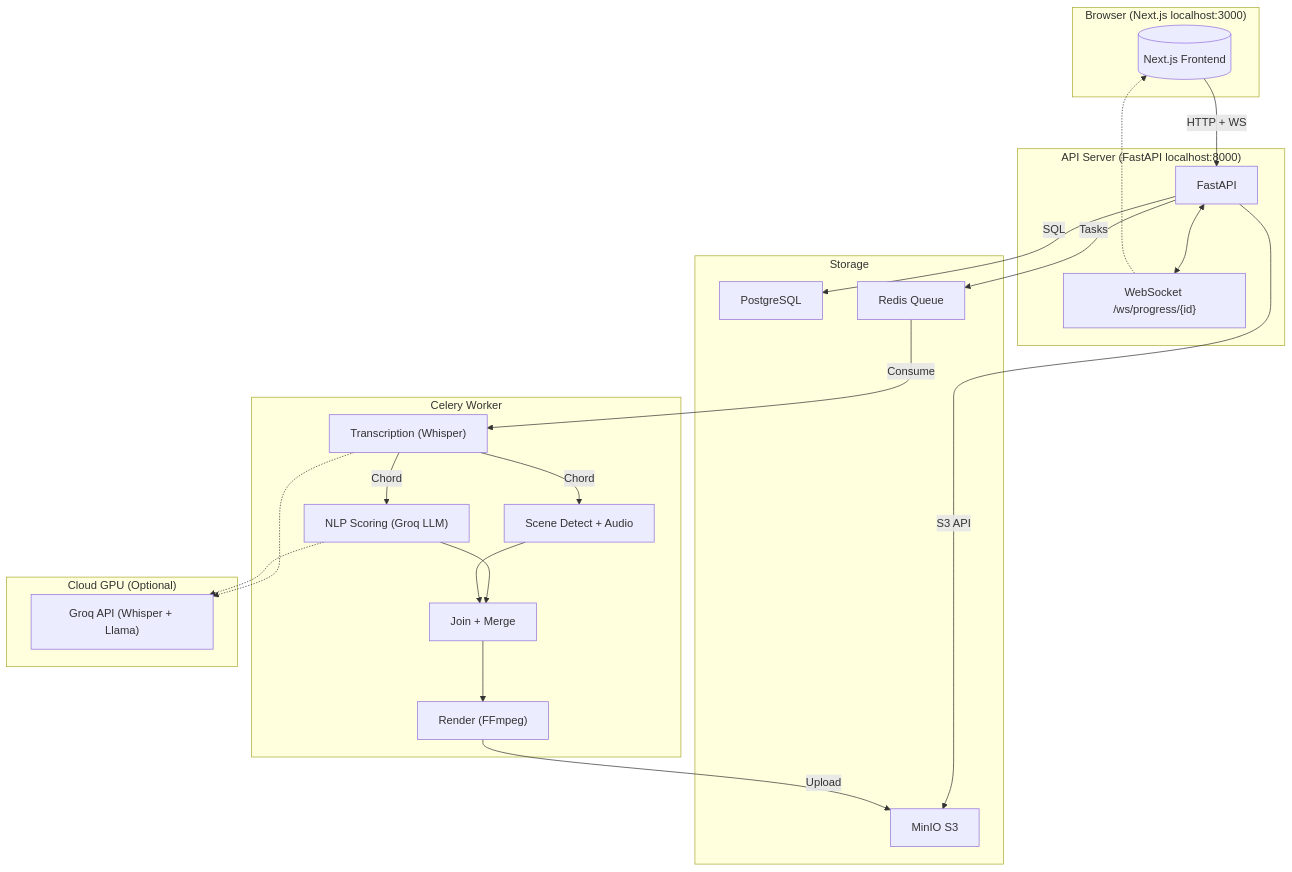
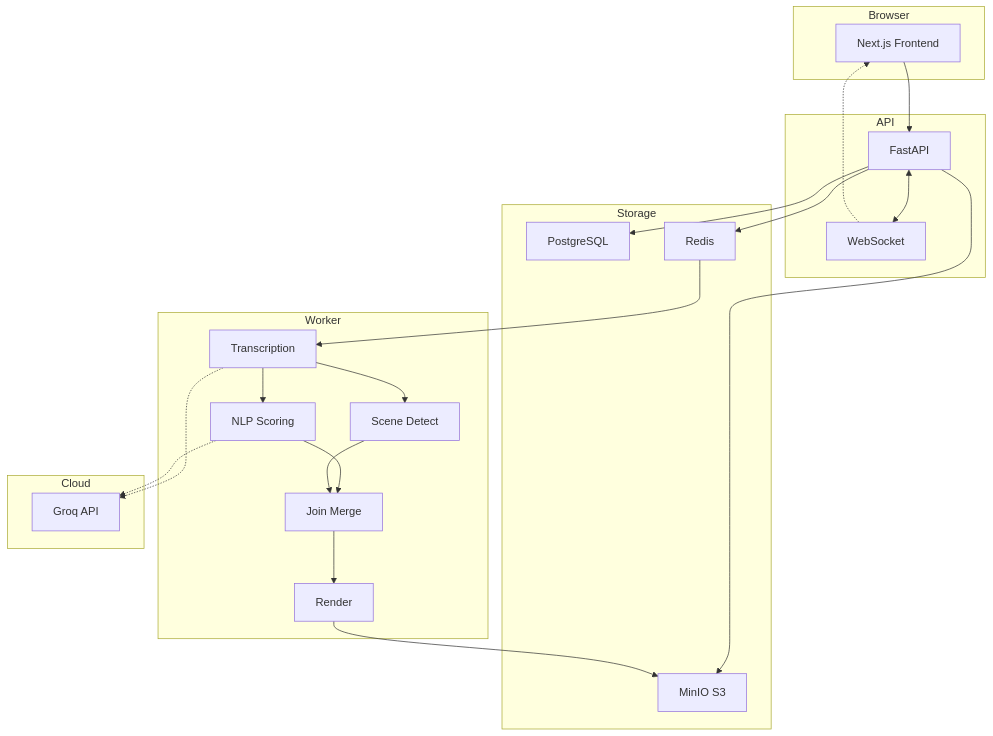
The second of 3 diagrams in README.md (CipherCosmos/ClipForge), drawn with Mermaid before and after one commit. The commit also changed other lines of this file, not shown here.

Commit message:
simplified mermaid syntax for github compatibility

````diff
--- a/README.md
+++ b/README.md
@@ -49,45 +49,40 @@
 ```mermaid
-flowchart TB
-    subgraph Browser["Browser (Next.js localhost:3000)"]
-        NEXT[("Next.js Frontend")]
+graph TB
+    subgraph Browser
+        NEXT[Next.js Frontend]
     end
-
-    subgraph API["API Server (FastAPI localhost:8000)"]
+    subgraph API
         FA[FastAPI]
-        WS["WebSocket /ws/progress/{id}"]
+        WS[WebSocket]
     end
-
-    subgraph Storage["Storage"]
+    subgraph Storage
         MINIO[MinIO S3]
         PG[PostgreSQL]
-        RD[Redis Queue]
+        RD[Redis]
     end
-
-    subgraph Worker["Celery Worker"]
-        T["Transcription (Whisper)"]
-        N["NLP Scoring (Groq LLM)"]
-        SD["Scene Detect + Audio"]
-        J["Join + Merge"]
-        R["Render (FFmpeg)"]
+    subgraph Worker
+        T[Transcription]
+        N[NLP Scoring]
+        SD[Scene Detect]
+        J[Join Merge]
+        R[Render]
     end
-
-    subgraph Cloud["Cloud GPU (Optional)"]
-        GROQ["Groq API (Whisper + Llama)"]
+    subgraph Cloud
+        GROQ[Groq API]
     end
-
-    NEXT -- HTTP + WS --> FA
-    FA -- S3 API --> MINIO
-    FA -- SQL --> PG
-    FA -- Tasks --> RD
-    RD -- Consume --> T
-    T -- Chord --> N
-    T -- Chord --> SD
+    NEXT --> FA
+    FA --> MINIO
+    FA --> PG
+    FA --> RD
+    RD --> T
+    T --> N
+    T --> SD
     N --> J
     SD --> J
     J --> R
-    R -- Upload --> MINIO
+    R --> MINIO
     T -.-> GROQ
     N -.-> GROQ
     FA <--> WS
     WS -.-> NEXT
 ```
````
